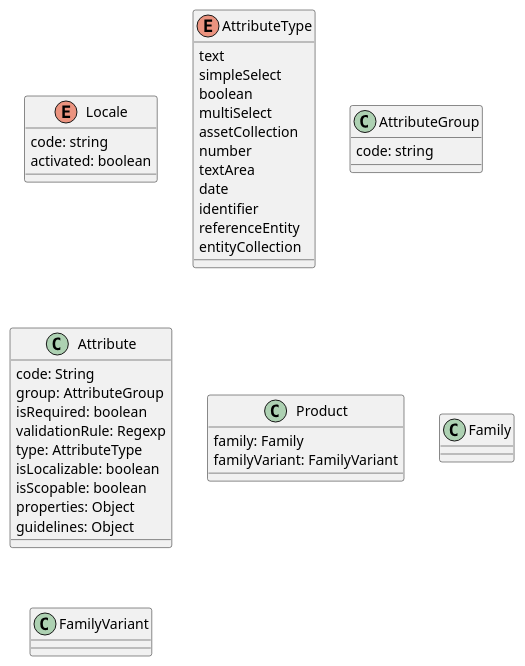
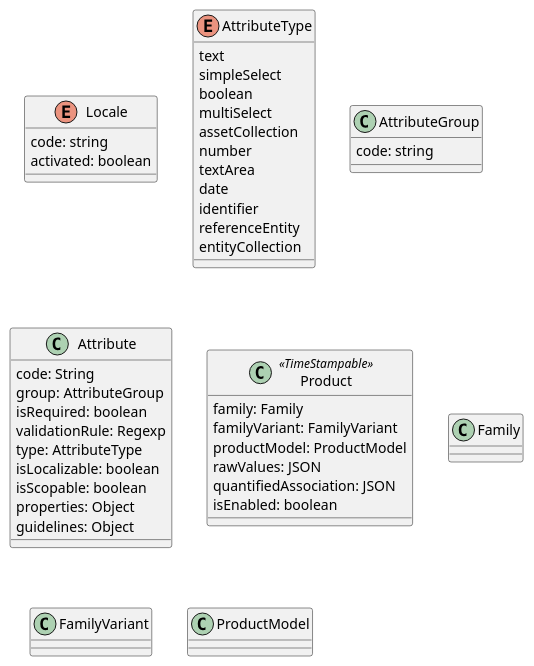
Before and after one commit to akeneo/pim-docs: the diagram in architecture/pim.puml, drawn with PlantUML. The commit also changed 1 other file, not shown here.

Commit message:
bootstrap pim business model

```diff
--- a/architecture/pim.puml
+++ b/architecture/pim.puml
@@ -1,64 +1,79 @@
 @startuml PIM core domain model
+'
+' Stereotype: TimeStampable: created,  updated
+'
 
 enum Locale {
     code: string
     activated: boolean
 }
 enum AttributeType {
     text
     simpleSelect
     boolean
     multiSelect
     assetCollection
     number
     textArea
     date
     identifier
     referenceEntity
     entityCollection
 }
 
 'exemple digital_assets_images, product_size_dimensions, product_physical_characteristics
 class AttributeGroup {
     code: string
 }
 
 'Q: metric Family is used?
 'Q:  isScopable: type value per channel?
 'Q: what is backend Type, what is the use of entity_type ("Akeneo\Pim\Enrichment\Component\Product\Model\Product")
 'display attributes, specific values formats and value constraints not shown
 'Properties: a:4:{s:19:"reference_data_name";N;s:19:"auto_option_sorting";N;s:12:"is_read_only";N;s:13:"default_value";N;}
 'Guidelines:
 'sold_in_orgs: {"en_AU": "List of the Orgs this product can be sold in.\nIf the org is not added to this list, the product can not be sold to customers in that Org."}
 'part_number_list_competitor: {"en_AU": "Add competitor part numbers to this list, separate each with a comma."}
 
 Class Attribute {
     code: String
     group: AttributeGroup
     isRequired: boolean
     validationRule: Regexp
     type: AttributeType
     isLocalizable: boolean
     isScopable: boolean
     properties: Object
     guidelines: Object
 }
 
-Class Product {
+'TODO "develop"  rawvalues that contains a product... 
+'QUESTION How can we infer rawValues structure? => inspect real life DB?
+'TODO "develop"  quantifiedAssociation that contains a product... 
+'QUESTION How can we infer quantifiedAssociation structure? => inspect real life DB?
+Class Product << TimeStampable >> {
     family: Family
     familyVariant: FamilyVariant
+    productModel: ProductModel
+    rawValues: JSON
+    quantifiedAssociation: JSON
+    isEnabled: boolean
 }
 
 Class Family {
 
 }
 
 Class FamilyVariant {
 
 }
 
+Class ProductModel {
+
+}
+
 
 
 
 
 @enduml
```
